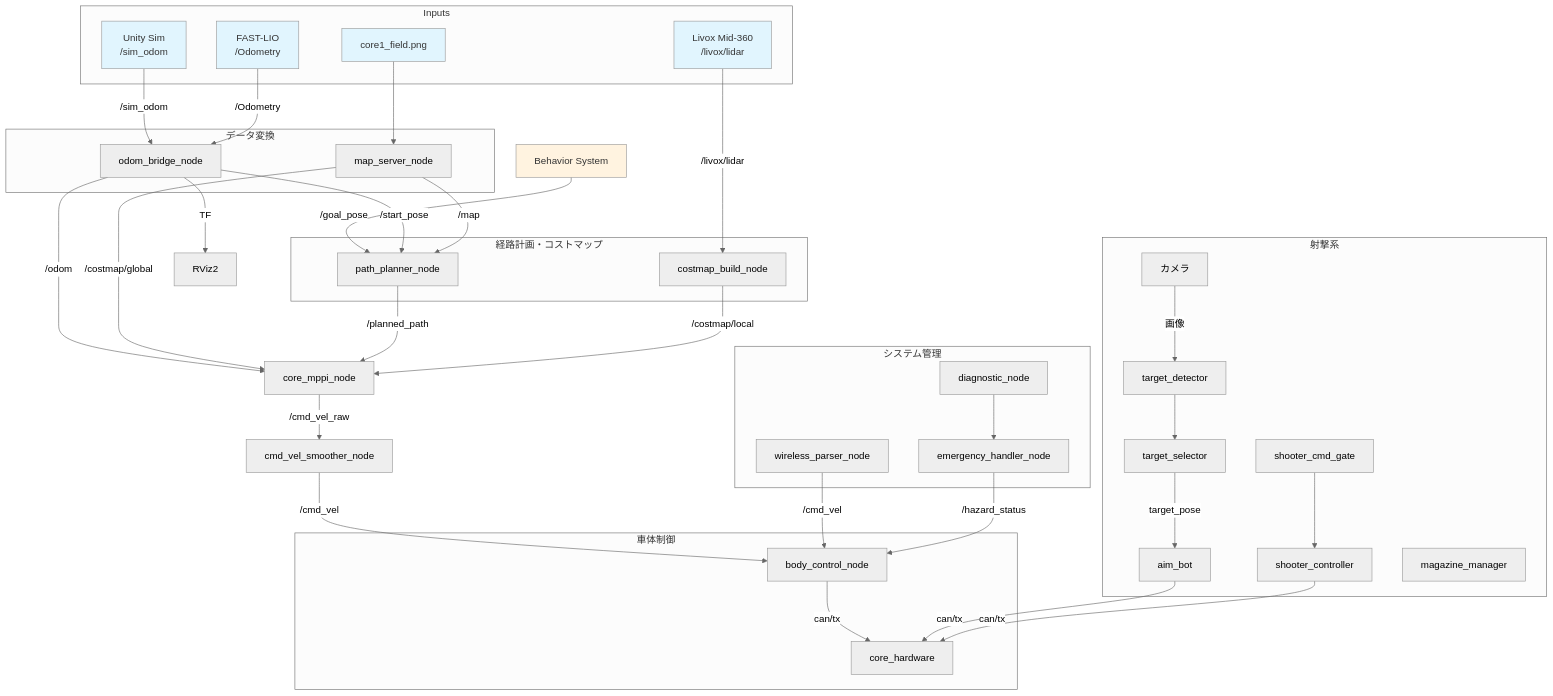
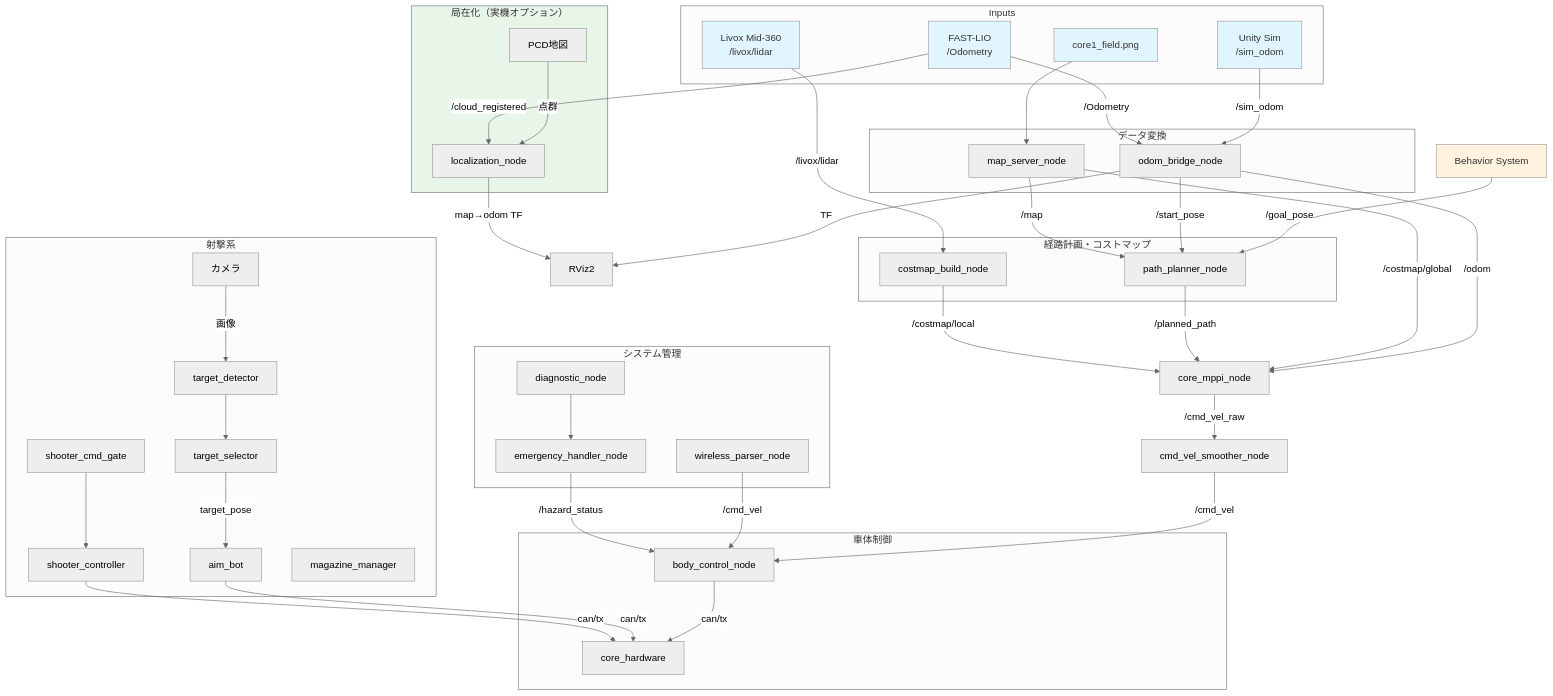
The diagram in docs/architecture/overview.md (team-continue/core2026), drawn with Mermaid (neutral theme) before and after one commit. The commit also changed 4 other files, not shown here.

First line of the commit message:
fix: localization の map→odom TF X軸反転を修正、RViz設定を localization 対応に改善

````diff
--- a/docs/architecture/overview.md
+++ b/docs/architecture/overview.md
@@ -78,5 +78,13 @@
     AimBot -->|can/tx| Hardware
     ShooterCtrl -->|can/tx| Hardware
 
+    subgraph Localization["局在化（実機オプション）"]
+        PCDMap["PCD地図"] -->|点群| LocalizationNode["localization_node"]
+    end
+
+    FASTLIO -->|/cloud_registered| LocalizationNode
+    LocalizationNode -->|"map→odom TF"| RViz
+
+    style Localization fill:#e8f5e9,color:#333
     style BehaviorSystem fill:#fff3e0,color:#333
 ```
````
